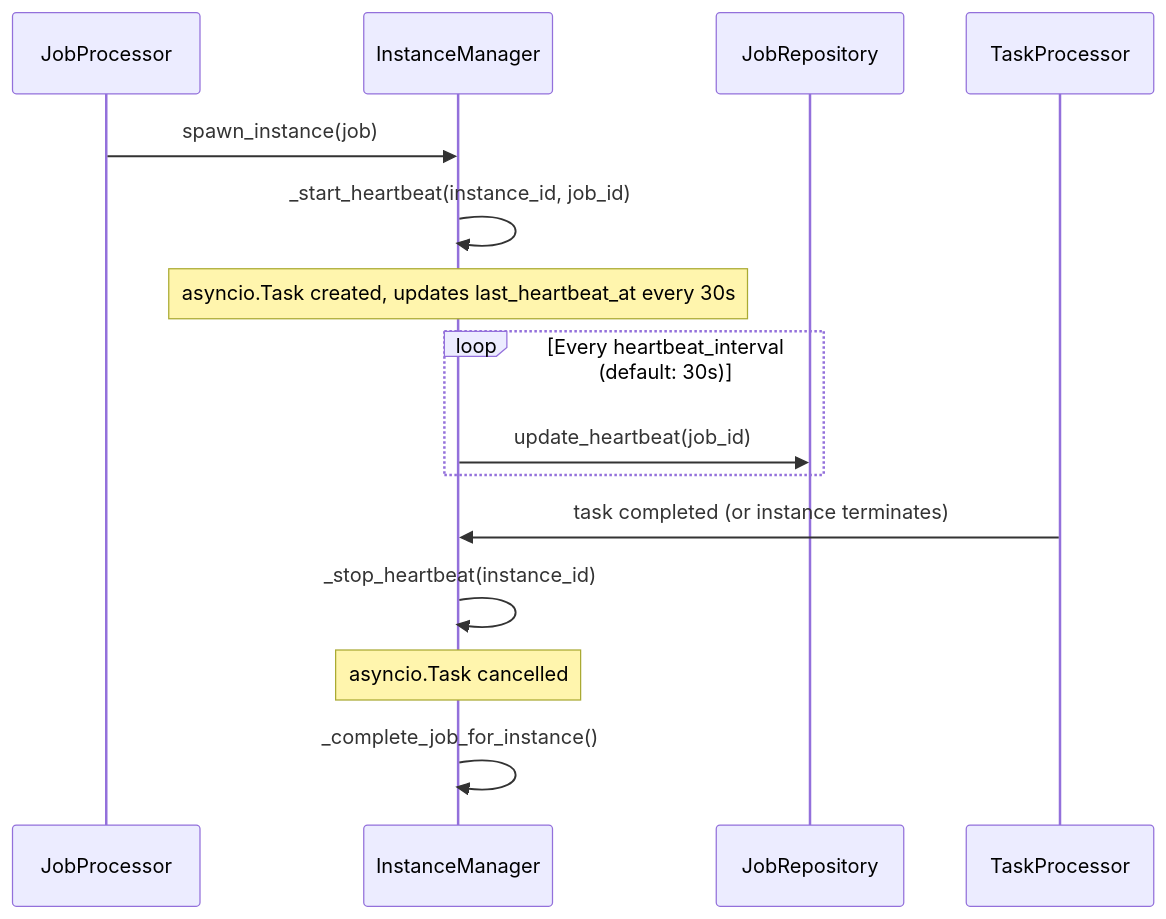
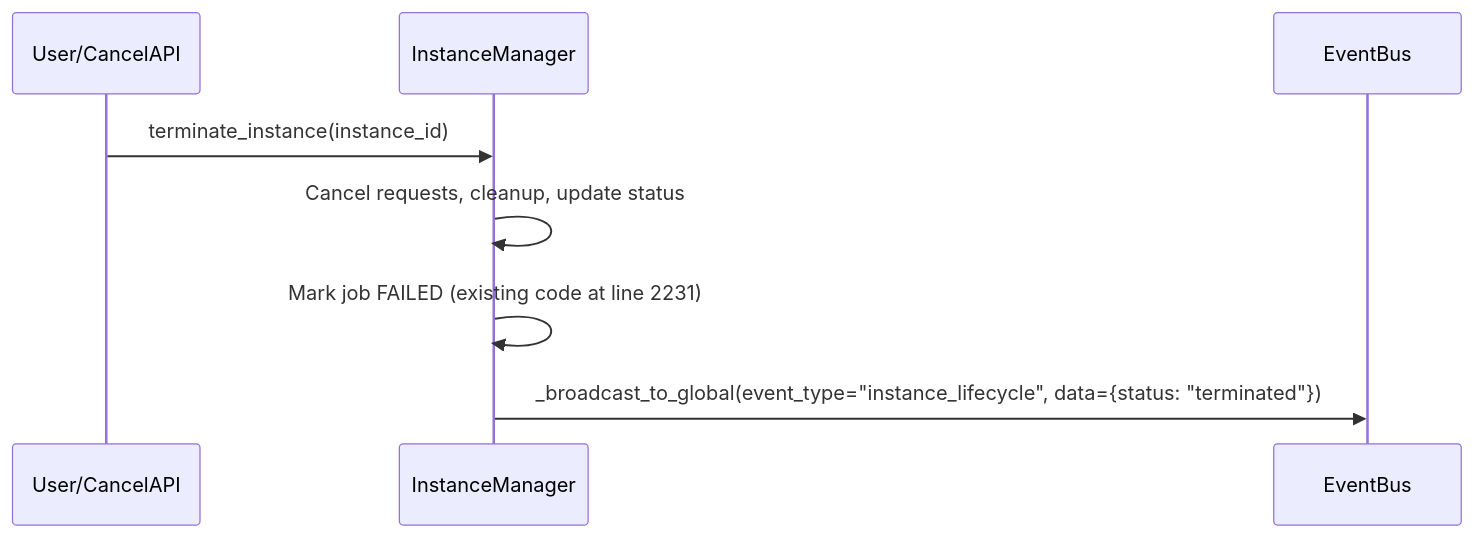
Before and after one commit to disillusioners/ensemble: the second of 6 diagrams in .agents/shared/planning/job-system-improvements/phase2-plan.md, drawn with Mermaid. The commit also changed other lines of this file and 8 other files, not shown here.

````diff
--- a/.agents/shared/planning/job-system-improvements/phase2-plan.md
+++ b/.agents/shared/planning/job-system-improvements/phase2-plan.md
@@ -111,21 +100,11 @@
 ```mermaid
 sequenceDiagram
-    participant JP as JobProcessor
+    participant API as User/CancelAPI
     participant IM as InstanceManager
-    participant Repo as JobRepository
-    participant Task as TaskProcessor
+    participant EB as EventBus
     
-    JP->>IM: spawn_instance(job)
-    IM->>IM: _start_heartbeat(instance_id, job_id)
-    Note over IM: asyncio.Task created, updates last_heartbeat_at every 30s
-    
-    loop Every heartbeat_interval (default: 30s)
-        IM->>Repo: update_heartbeat(job_id)
-    end
-    
-    Task->>IM: task completed (or instance terminates)
-    IM->>IM: _stop_heartbeat(instance_id)
-    Note over IM: asyncio.Task cancelled
-    
-    IM->>IM: _complete_job_for_instance()
+    API->>IM: terminate_instance(instance_id)
+    IM->>IM: Cancel requests, cleanup, update status
+    IM->>IM: Mark job FAILED (existing code at line 2231)
+    IM->>EB: _broadcast_to_global(event_type="instance_lifecycle", data={status: "terminated"})
 ```
````
